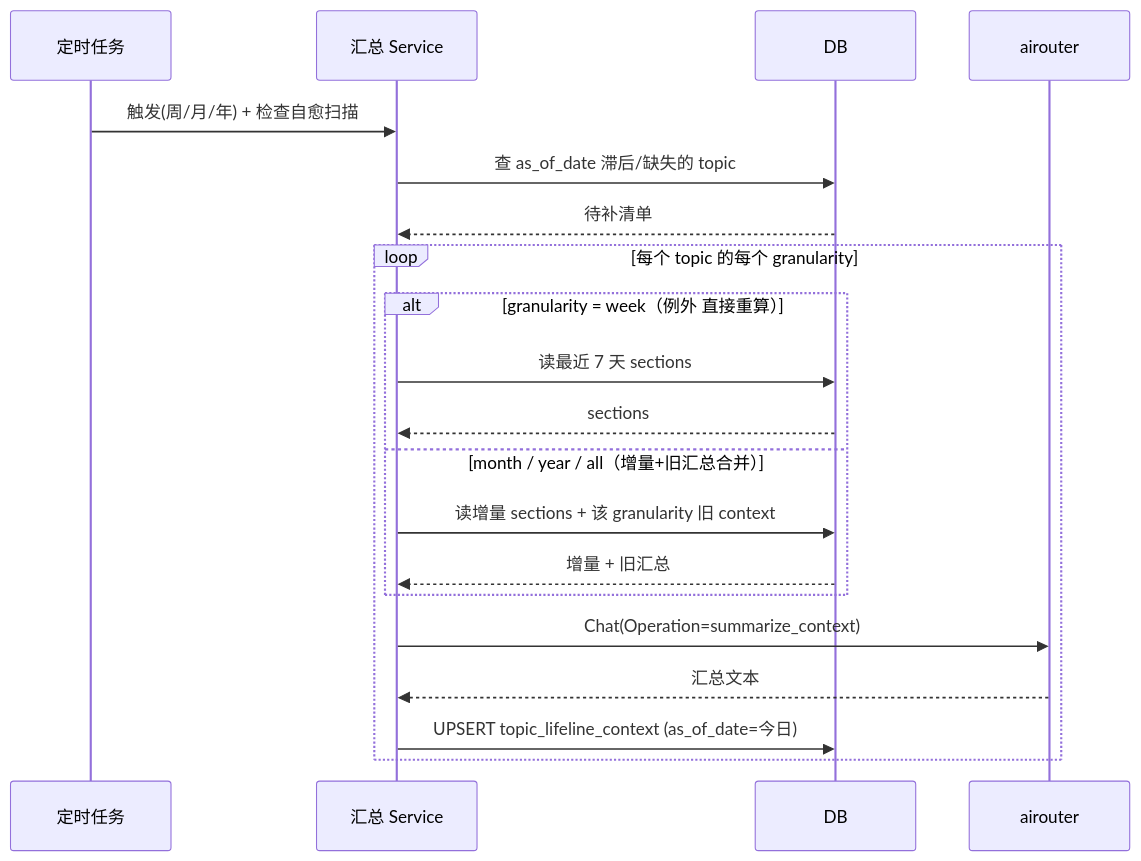
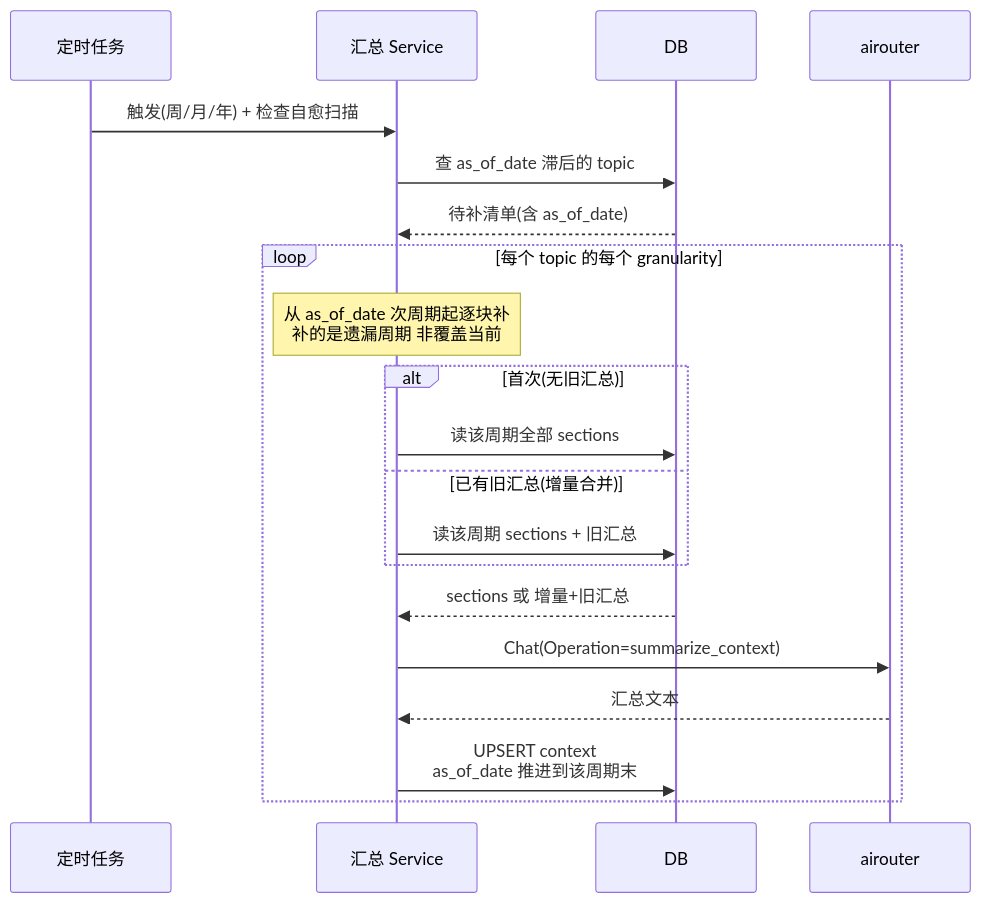
Before and after one commit to ZanebonoAlter/my-robot: the third of 6 diagrams in openspec/changes/data-enrichment-orchestration/overview.md, drawn with Mermaid. The commit also changed other lines of this file and 20 other files, not shown here.

````diff
--- a/openspec/changes/data-enrichment-orchestration/overview.md
+++ b/openspec/changes/data-enrichment-orchestration/overview.md
@@ -104,24 +104,24 @@
 ```mermaid
 sequenceDiagram
     participant Cron as 定时任务
     participant Svc as 汇总 Service
     participant DB as DB
     participant AI as airouter
 
     Cron->>Svc: 触发(周/月/年) + 检查自愈扫描
-    Svc->>DB: 查 as_of_date 滞后/缺失的 topic
-    DB-->>Svc: 待补清单
+    Svc->>DB: 查 as_of_date 滞后的 topic
+    DB-->>Svc: 待补清单(含 as_of_date)
 
     loop 每个 topic 的每个 granularity
-        alt granularity = week（例外 直接重算）
-            Svc->>DB: 读最近 7 天 sections
-            DB-->>Svc: sections
-        else month / year / all（增量+旧汇总合并）
-            Svc->>DB: 读增量 sections + 该 granularity 旧 context
-            DB-->>Svc: 增量 + 旧汇总
+        Note over Svc: 从 as_of_date 次周期起逐块补<br/>补的是遗漏周期 非覆盖当前
+        alt 首次(无旧汇总)
+            Svc->>DB: 读该周期全部 sections
+        else 已有旧汇总(增量合并)
+            Svc->>DB: 读该周期 sections + 旧汇总
         end
+        DB-->>Svc: sections 或 增量+旧汇总
         Svc->>AI: Chat(Operation=summarize_context)
         AI-->>Svc: 汇总文本
-        Svc->>DB: UPSERT topic_lifeline_context (as_of_date=今日)
+        Svc->>DB: UPSERT context<br/>as_of_date 推进到该周期末
     end
 ```
````
